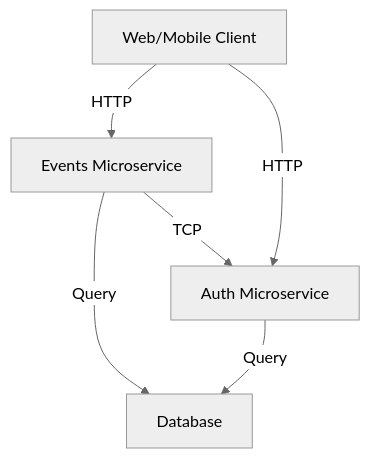
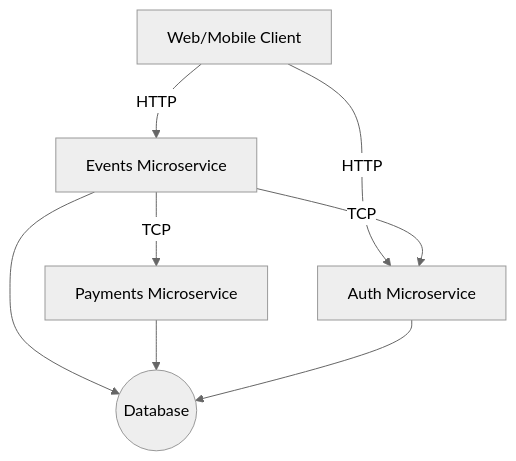
The first of 2 diagrams in README.md (developer239/nest-vite-fullstack-microservices-poc), drawn with Mermaid (neutral theme) before and after one commit.

Commit message:
docs: update project mermaid schema

````diff
--- a/README.md
+++ b/README.md
@@ -3,8 +3,10 @@
 ```mermaid
 graph TB
   A[Web/Mobile Client] -- HTTP --> B[Events Microservice]
+  A -- HTTP --> D
+  B -- TCP --> C[Payments Microservice]
   B -- TCP --> D[Auth Microservice]
-  A -- HTTP --> D
-  B -- Query --> E[Database]
-  D -- Query --> E
+  B --> E((Database))
+  C --> E
+  D --> E
 ```
````
